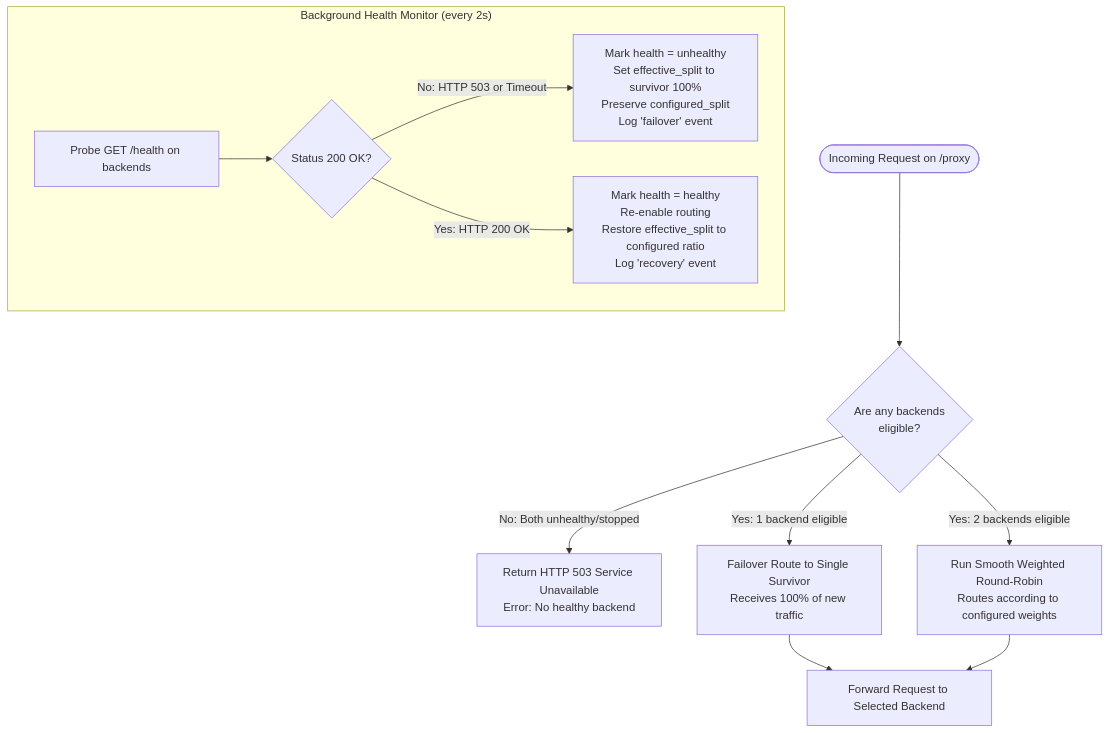
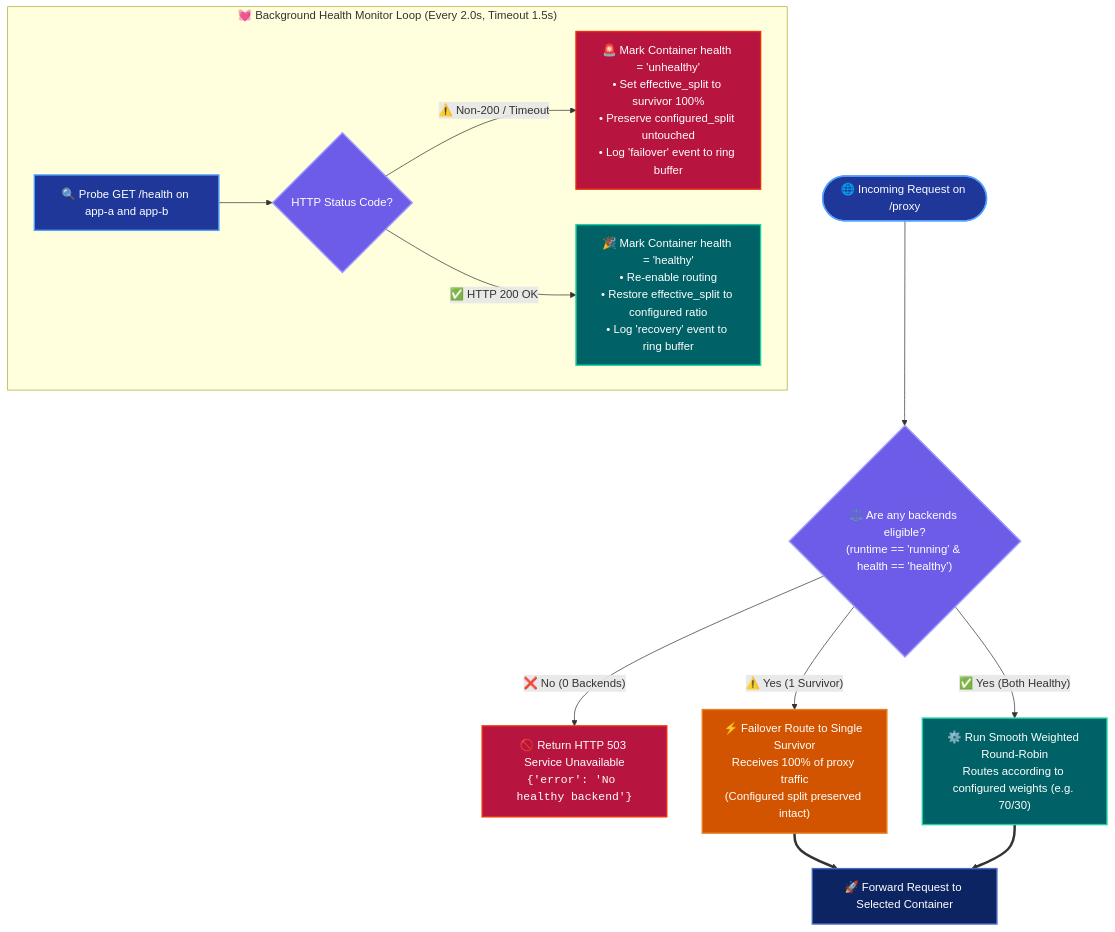
One commit to ViditMahajan/Docker-Load-Balancer-with-MCP-Controls changed the diagram in docs/FAILOVER_AND_HEALTH_CHECKS.md. Above: the diagram before and after it, drawn with Mermaid. The commit also changed 5 other files, not shown here.

Commit message:
docs: enrich architecture and lifecycle diagrams with colorful styling, icons, and clear phase blocks

````diff
--- a/docs/FAILOVER_AND_HEALTH_CHECKS.md
+++ b/docs/FAILOVER_AND_HEALTH_CHECKS.md
@@ -76,20 +76,27 @@
 ```mermaid
 flowchart TD
-    Start([Incoming Request on /proxy]) --> Eval{Are any backends<br/>eligible?}
+    %% STYLES & COLOR PALETTE
+    classDef clientReq fill:#1e3799,stroke:#54a0ff,stroke-width:2px,color:#ffffff;
+    classDef decision fill:#6c5ce7,stroke:#a29bfe,stroke-width:2px,color:#ffffff;
+    classDef failNode fill:#b71540,stroke:#eb2f06,stroke-width:2px,color:#ffffff;
+    classDef warnNode fill:#d35400,stroke:#e67e22,stroke-width:2px,color:#ffffff;
+    classDef okNode fill:#006266,stroke:#1dd1a1,stroke-width:2px,color:#ffffff;
+    classDef fwdNode fill:#0c2461,stroke:#4a69bd,stroke-width:2px,color:#ffffff;
 
-    Eval -->|No: Both unhealthy/stopped| Ret503[Return HTTP 503 Service Unavailable<br/>Error: No healthy backend]
+    Start(["🌐 Incoming Request on /proxy"]):::clientReq --> Eval{"⚖️ Are any backends eligible?<br/>(runtime == 'running' & health == 'healthy')"}:::decision
+
+    Eval -->|"❌ No (0 Backends)"| Ret503["🚫 Return HTTP 503 Service Unavailable<br/><code>{'error': 'No healthy backend'}</code>"]:::failNode
     
-    Eval -->|Yes: 1 backend eligible| Single[Failover Route to Single Survivor<br/>Receives 100% of new traffic]
+    Eval -->|"⚠️ Yes (1 Survivor)"| Single["⚡ Failover Route to Single Survivor<br/>Receives 100% of proxy traffic<br/>(Configured split preserved intact)"]:::warnNode
     
-    Eval -->|Yes: 2 backends eligible| SWRR[Run Smooth Weighted Round-Robin<br/>Routes according to configured weights]
+    Eval -->|"✅ Yes (Both Healthy)"| SWRR["⚙️ Run Smooth Weighted Round-Robin<br/>Routes according to configured weights (e.g. 70/30)"]:::okNode
 
-    Single --> Forward[Forward Request to Selected Backend]
-    SWRR --> Forward
+    Single ==> Forward["🚀 Forward Request to Selected Container"]:::fwdNode
+    SWRR ==> Forward
 
-    subgraph MonitorLoop["Background Health Monitor (every 2s)"]
-        Poll[Probe GET /health on backends]
-        Poll --> CheckResp{Status 200 OK?}
-        CheckResp -->|No: HTTP 503 or Timeout| MarkUnhealthy[Mark health = unhealthy<br/>Set effective_split to survivor 100%<br/>Preserve configured_split<br/>Log 'failover' event]
-        CheckResp -->|Yes: HTTP 200 OK| MarkHealthy[Mark health = healthy<br/>Re-enable routing<br/>Restore effective_split to configured ratio<br/>Log 'recovery' event]
+    subgraph MonitorLoop["💓 Background Health Monitor Loop (Every 2.0s, Timeout 1.5s)"]
+        Poll["🔍 Probe GET /health on app-a and app-b"]:::clientReq --> CheckResp{"HTTP Status Code?"}:::decision
+        CheckResp -->|"⚠️ Non-200 / Timeout"| MarkUnhealthy["🚨 Mark Container health = 'unhealthy'<br/>• Set effective_split to survivor 100%<br/>• Preserve configured_split untouched<br/>• Log 'failover' event to ring buffer"]:::failNode
+        CheckResp -->|"✅ HTTP 200 OK"| MarkHealthy["🎉 Mark Container health = 'healthy'<br/>• Re-enable routing<br/>• Restore effective_split to configured ratio<br/>• Log 'recovery' event to ring buffer"]:::okNode
     end
 ```
````
